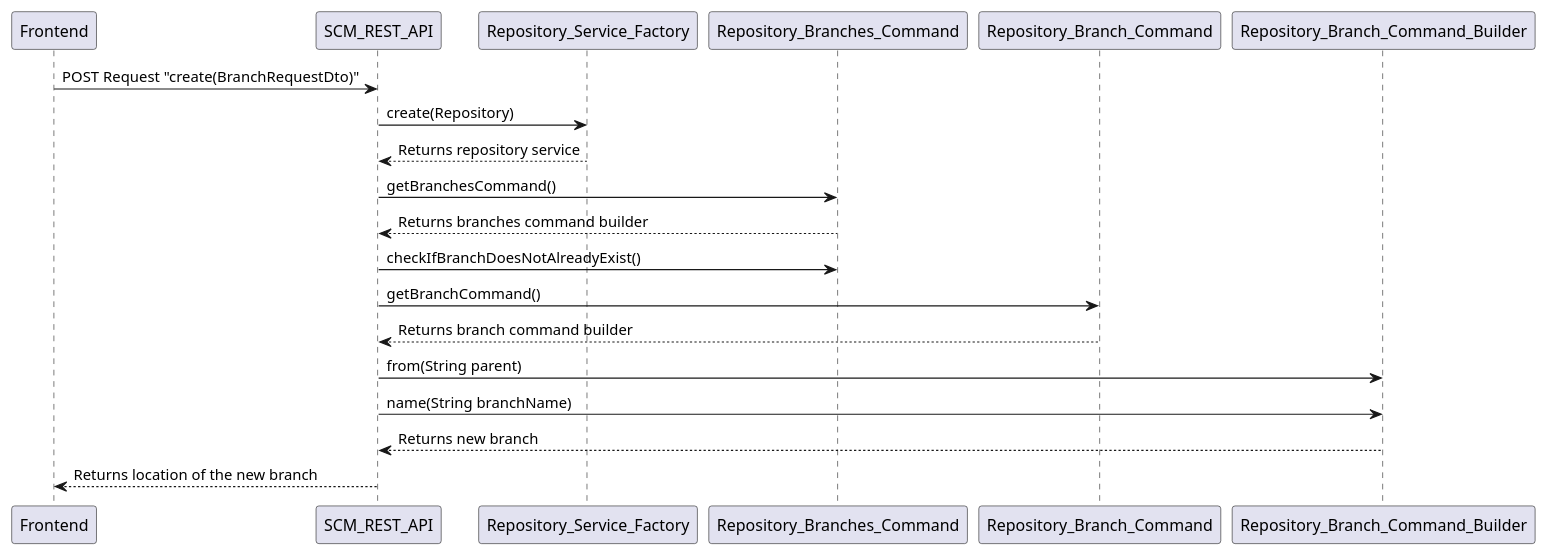
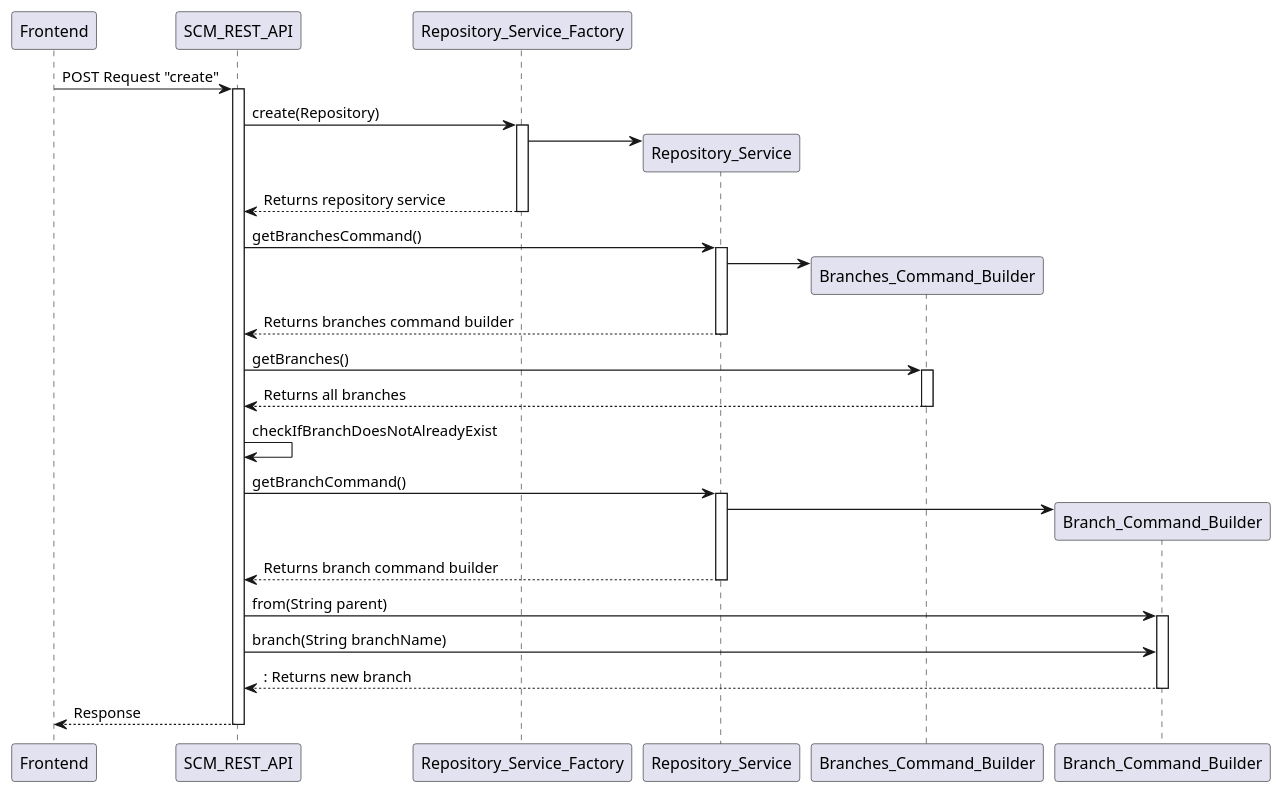
Before and after one commit to scm-manager/scm-manager: the fifth of 5 diagrams in docs/en/development/architecture-overview.md, drawn with PlantUML.

Commit message:
Enhance architecture overview for "create branch"

````diff
--- a/docs/en/development/architecture-overview.md
+++ b/docs/en/development/architecture-overview.md
@@ -232,14 +232,36 @@
 ```uml
-Frontend -> SCM_REST_API: POST Request "create(BranchRequestDto)"
+Frontend -> SCM_REST_API: POST Request "create"
+activate SCM_REST_API
 SCM_REST_API -> Repository_Service_Factory: create(Repository)
-Repository_Service_Factory --> SCM_REST_API: Returns repository service
-SCM_REST_API -> Repository_Branches_Command: getBranchesCommand()
-Repository_Branches_Command --> SCM_REST_API: Returns branches command builder
-SCM_REST_API -> Repository_Branches_Command: checkIfBranchDoesNotAlreadyExist()
-SCM_REST_API -> Repository_Branch_Command: getBranchCommand()
-Repository_Branch_Command --> SCM_REST_API: Returns branch command builder
-SCM_REST_API -> Repository_Branch_Command_Builder: from(String parent)
-SCM_REST_API -> Repository_Branch_Command_Builder: name(String branchName)
-Repository_Branch_Command_Builder --> SCM_REST_API: Returns new branch
-SCM_REST_API --> Frontend: Returns location of the new branch
+activate Repository_Service_Factory
+Repository_Service_Factory -> Repository_Service **
+Repository_Service_Factory  --> SCM_REST_API: Returns repository service
+deactivate Repository_Service_Factory
+
+SCM_REST_API -> Repository_Service: getBranchesCommand()
+activate Repository_Service
+Repository_Service -> Branches_Command_Builder **
+Repository_Service --> SCM_REST_API: Returns branches command builder
+deactivate Repository_Service
+
+SCM_REST_API -> Branches_Command_Builder: getBranches()
+activate Branches_Command_Builder
+Branches_Command_Builder --> SCM_REST_API: Returns all branches
+deactivate Branches_Command_Builder
+
+SCM_REST_API -> SCM_REST_API: checkIfBranchDoesNotAlreadyExist
+
+SCM_REST_API -> Repository_Service: getBranchCommand()
+activate Repository_Service
+Repository_Service -> Branch_Command_Builder **
+Repository_Service --> SCM_REST_API: Returns branch command builder
+deactivate Repository_Service
+
+SCM_REST_API -> Branch_Command_Builder: from(String parent)
+activate Branch_Command_Builder
+SCM_REST_API -> Branch_Command_Builder: branch(String branchName)
+return: Returns new branch
+deactivate Branch_Command_Builder
+SCM_REST_API --> Frontend: Response
+deactivate SCM_REST_API
 ```
````
